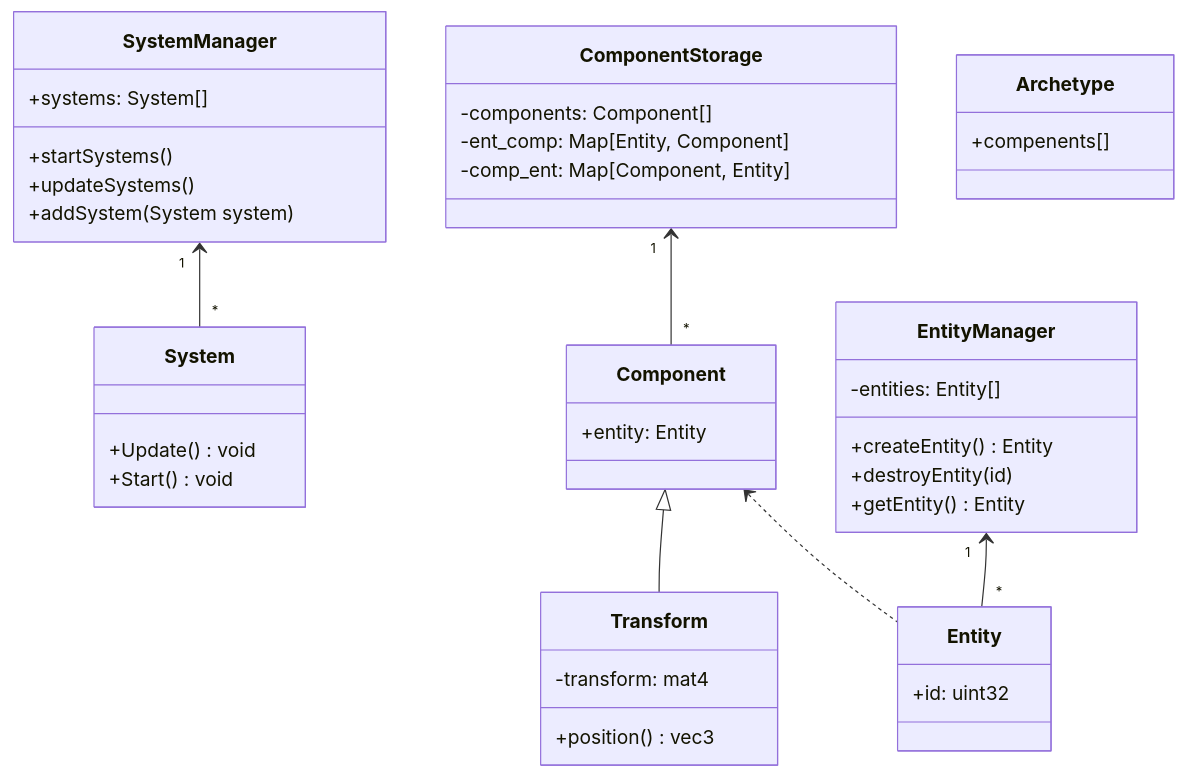
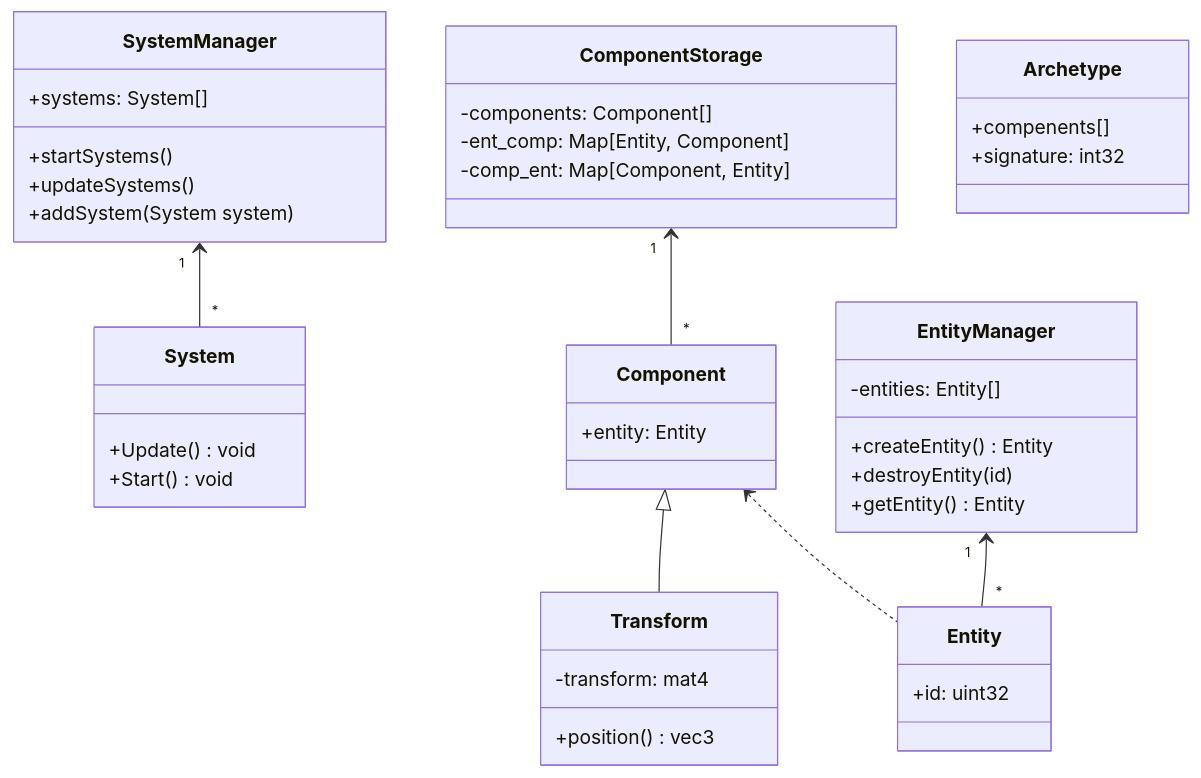
One commit to Kanton99/KEngine changed the diagram in docs/ECS class diagram.md. Above: the diagram before and after it, drawn with Mermaid. The commit also changed 7 other files, not shown here.

````diff
--- a/docs/ECS class diagram.md
+++ b/docs/ECS class diagram.md
@@ -1,44 +1,45 @@
 ```mermaid
 classDiagram
     class System {
 	    +Update() void
 	    +Start() void
     }
     class Transform {
 	    -transform: mat4
 	    +position() vec3
     }
     class ComponentStorage {
 	    -components: Component[]
         -ent_comp: Map[Entity, Component]
         -comp_ent: Map[Component, Entity]
     }
     class SystemManager {
 	    +systems: System[]
 	    +startSystems()
 	    +updateSystems()
         +addSystem(System system)
     }
     class Component {
 	    +entity: Entity
     }
     class Entity {
 	    +id: uint32
     }
     class EntityManager {
 	    -entities: Entity[]
 	    +createEntity() Entity
         +destroyEntity(id)
 	    +getEntity() Entity
     }
     
     class Archetype{
         +compenents[]
+        +signature: int32
 }
 
     Component <|-- Transform
     EntityManager "1" <-- "*" Entity
     ComponentStorage "1" <-- "*" Component
     SystemManager "1" <-- "*" System
     Component <.. Entity
 ```
````
